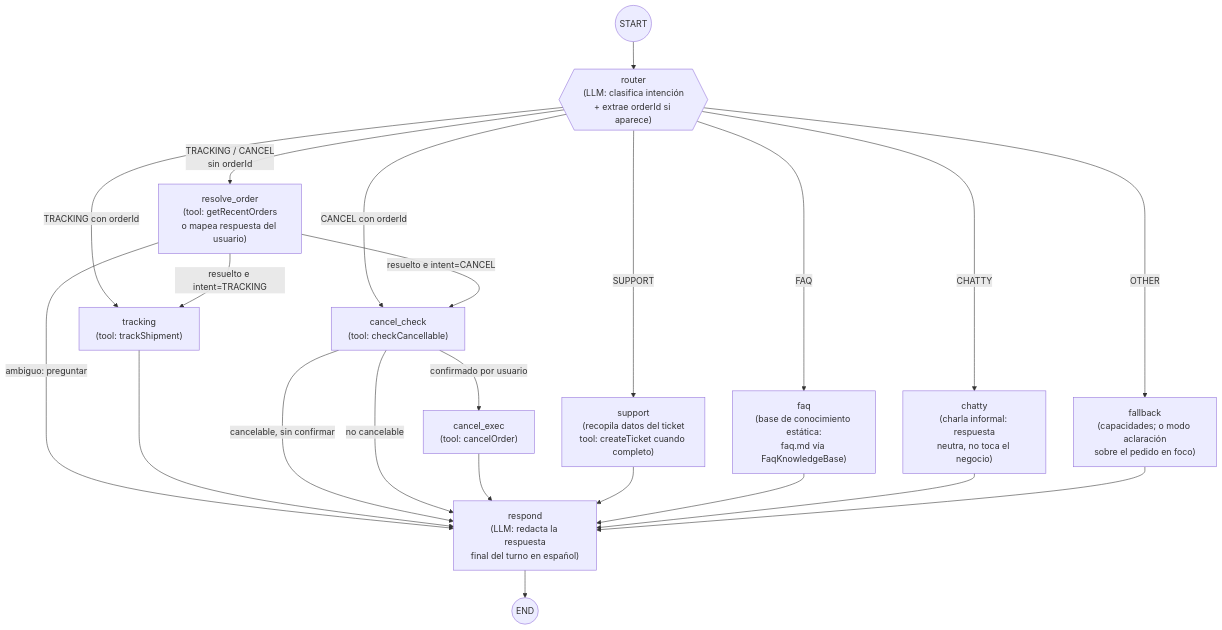
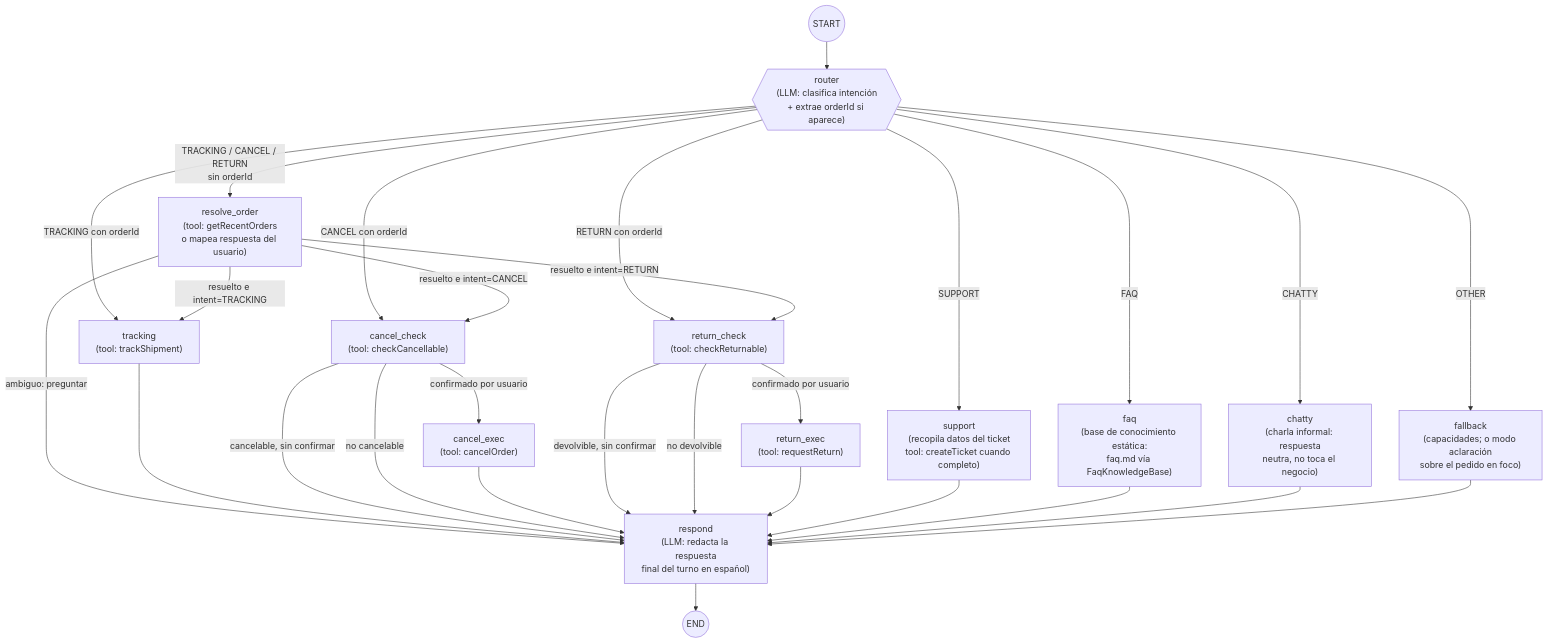
The diagram in docs/arquitectura/04-grafo-langgraph.md (mikel0ne/ai-platform-portfolio), drawn with Mermaid before and after one commit. The commit also changed other lines of this file and 7 other files, not shown here.

Commit message:
docs(l1-copilot): returns, ticket queries and navigation in the architecture

````diff
--- a/docs/arquitectura/04-grafo-langgraph.md
+++ b/docs/arquitectura/04-grafo-langgraph.md
@@ -7,37 +7,45 @@
 ```mermaid
 graph TB
     START((START)) --> router
 
     router{{"router<br/>(LLM: clasifica intención<br/>+ extrae orderId si aparece)"}}
 
-    router -->|TRACKING / CANCEL<br/>sin orderId| resolve_order
+    router -->|TRACKING / CANCEL / RETURN<br/>sin orderId| resolve_order
     router -->|TRACKING con orderId| tracking
     router -->|CANCEL con orderId| cancel_check
+    router -->|RETURN con orderId| return_check
     router -->|SUPPORT| support
     router -->|FAQ| faq
     router -->|CHATTY| chatty
     router -->|OTHER| fallback
 
     resolve_order["resolve_order<br/>(tool: getRecentOrders<br/>o mapea respuesta del usuario)"]
     resolve_order -->|resuelto e intent=TRACKING| tracking
     resolve_order -->|resuelto e intent=CANCEL| cancel_check
+    resolve_order -->|resuelto e intent=RETURN| return_check
     resolve_order -->|ambiguo: preguntar| respond
 
     tracking["tracking<br/>(tool: trackShipment)"] --> respond
 
     cancel_check["cancel_check<br/>(tool: checkCancellable)"]
     cancel_check -->|cancelable, sin confirmar| respond
     cancel_check -->|confirmado por usuario| cancel_exec
     cancel_check -->|no cancelable| respond
     cancel_exec["cancel_exec<br/>(tool: cancelOrder)"] --> respond
+
+    return_check["return_check<br/>(tool: checkReturnable)"]
+    return_check -->|devolvible, sin confirmar| respond
+    return_check -->|confirmado por usuario| return_exec
+    return_check -->|no devolvible| respond
+    return_exec["return_exec<br/>(tool: requestReturn)"] --> respond
 
     support["support<br/>(recopila datos del ticket<br/>tool: createTicket cuando completo)"] --> respond
 
     faq["faq<br/>(base de conocimiento estática:<br/>faq.md vía FaqKnowledgeBase)"] --> respond
 
     chatty["chatty<br/>(charla informal: respuesta<br/>neutra, no toca el negocio)"] --> respond
 
     fallback["fallback<br/>(capacidades; o modo aclaración<br/>sobre el pedido en foco)"] --> respond
 
     respond["respond<br/>(LLM: redacta la respuesta<br/>final del turno en español)"] --> END((END))
 ```
````
